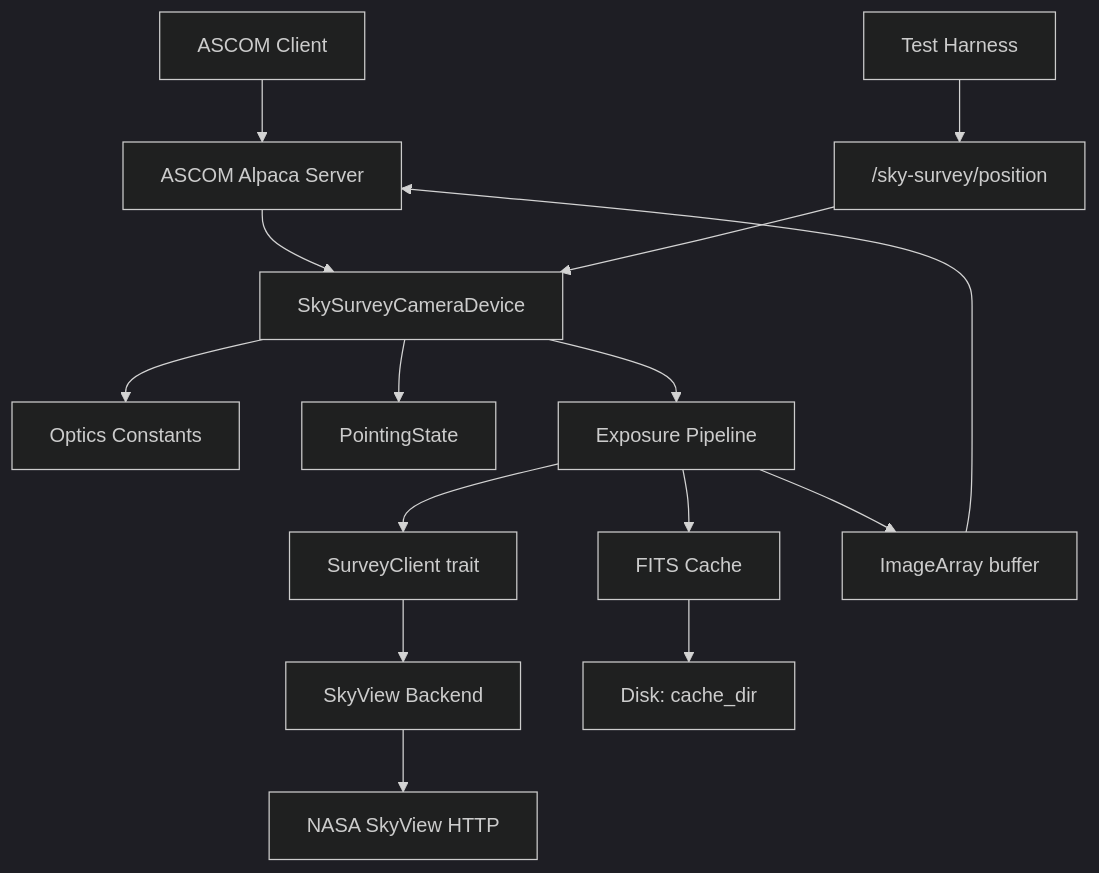
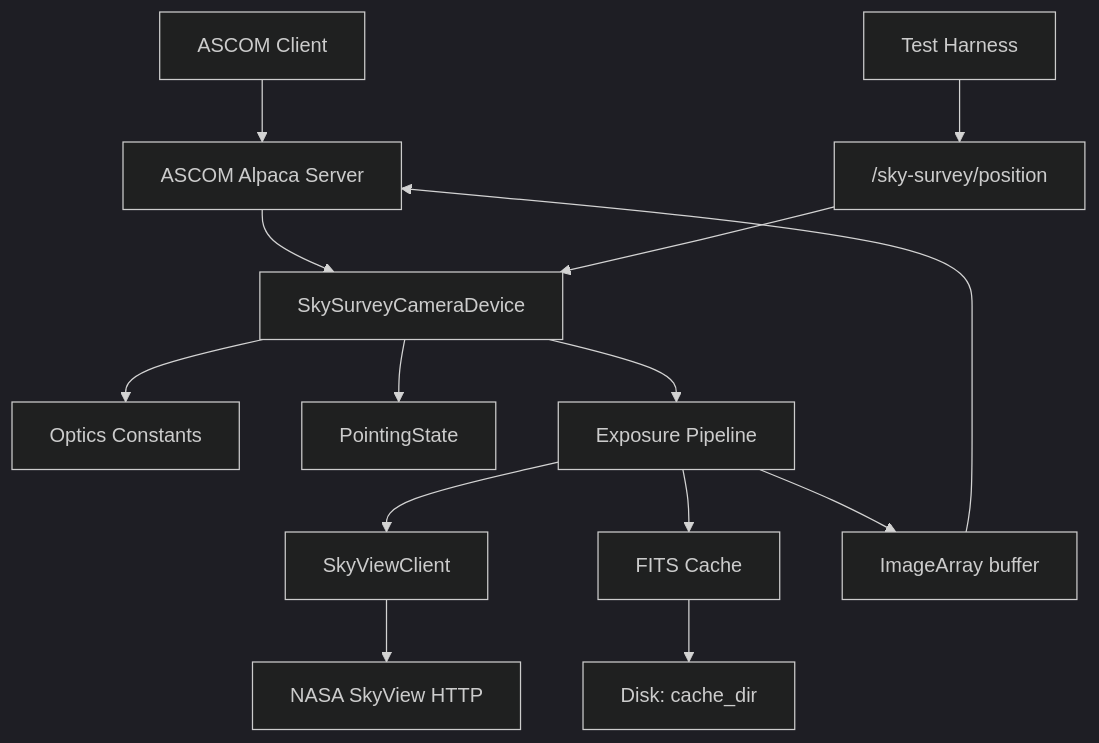
The diagram in docs/services/sky-survey-camera.md (ivonnyssen/rusty-photon), drawn with Mermaid (dark theme) before and after one commit. The commit also changed other lines of this file and 2 other files, not shown here.

````diff
--- a/docs/services/sky-survey-camera.md
+++ b/docs/services/sky-survey-camera.md
@@ -300,17 +307,16 @@
 ```mermaid
 graph TD;
     A[ASCOM Client] --> B[ASCOM Alpaca Server];
     A2[Test Harness] --> B2["/sky-survey/position"];
     B --> C[SkySurveyCameraDevice];
     B2 --> C;
     C --> D[Optics Constants];
     C --> E[PointingState];
     C --> F[Exposure Pipeline];
-    F --> G[SurveyClient trait];
-    G --> H[SkyView Backend];
-    H --> I[NASA SkyView HTTP];
+    F --> G[SkyViewClient];
+    G --> I[NASA SkyView HTTP];
     F --> J[FITS Cache];
     J --> K[Disk: cache_dir];
     F --> L[ImageArray buffer];
     L --> B;
 ```
````
